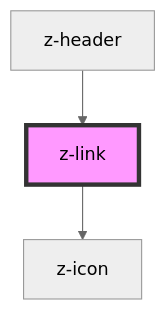
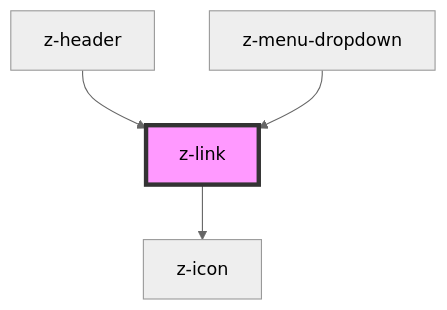
One commit to ZanichelliEditore/design-system changed the diagram in web-components-library/src/components/z-link/readme.md. Above: the diagram before and after it, drawn with Mermaid (neutral theme). The commit also changed other lines of this file and 12 other files, not shown here.

````diff
--- a/web-components-library/src/components/z-link/readme.md
+++ b/web-components-library/src/components/z-link/readme.md
@@ -39,6 +40,7 @@
 ```mermaid
 graph TD;
   z-link --> z-icon
   z-header --> z-link
+  z-menu-dropdown --> z-link
   style z-link fill:#f9f,stroke:#333,stroke-width:4px
 ```
````
